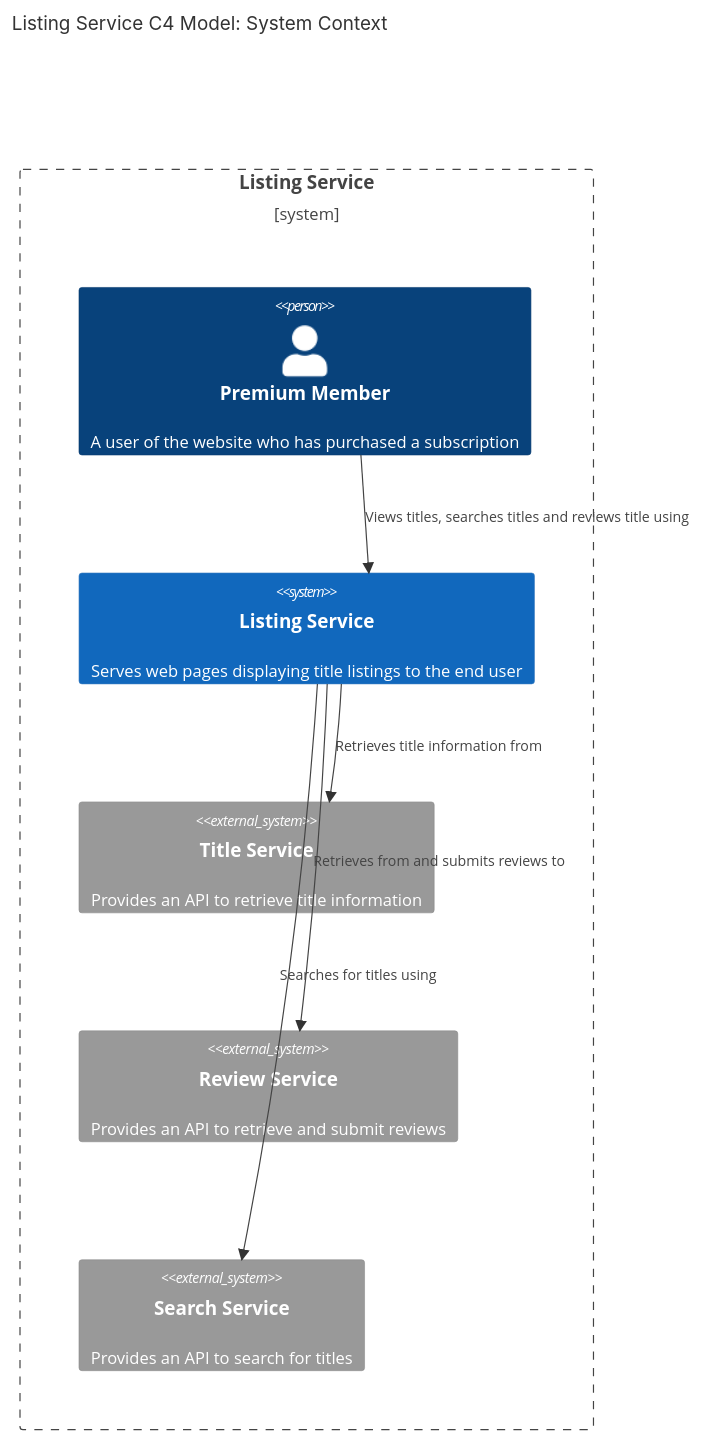
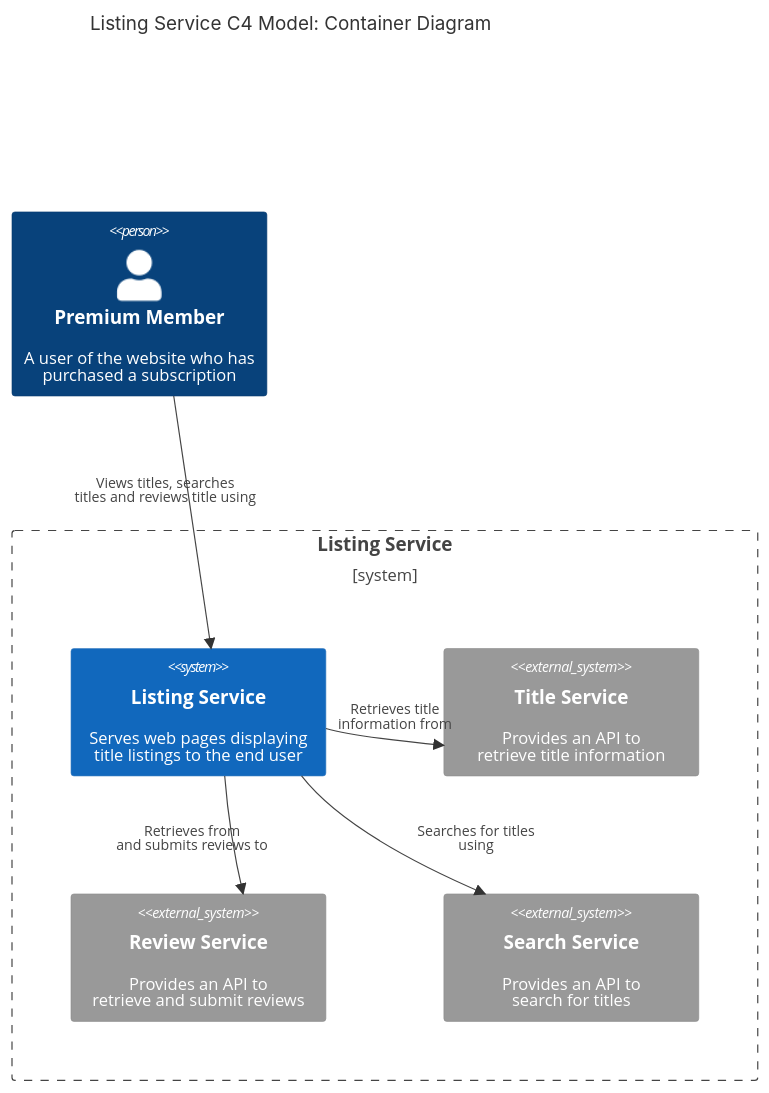
The second of 2 diagrams in 04_model_your_architecture.md (alextanhongpin/learn-mermaid), drawn with Mermaid before and after one commit.

Commit message:
chore: cleanup diagram

````diff
--- a/04_model_your_architecture.md
+++ b/04_model_your_architecture.md
@@ -77,19 +77,24 @@
 ```mermaid
 C4Context
-    title Listing Service C4 Model: System Context
+    title Listing Service C4 Model: Container Diagram
+    Person(PM, "Premium Member", "A user of the website who has<br/> purchased a subscription")
 
     Boundary(b0, "Listing Service") {
-        Person(PM, "Premium Member", "A user of the website who has purchased a subscription")
-        System(LS, "Listing Service", "Serves web pages displaying title listings to the end user")
-        System_Ext(TS, "Title Service", "Provides an API to retrieve title information")
-        System_Ext(RS, "Review Service", "Provides an API to retrieve and submit reviews")
-        System_Ext(SS, "Search Service", "Provides an API to search for titles")
+        System(LS, "Listing Service", "Serves web pages displaying<br/> title listings to the end user")
+        System_Ext(TS, "Title Service", "Provides an API to <br/>retrieve title information")
+        System_Ext(RS, "Review Service", "Provides an API to <br/>retrieve and submit reviews")
+        System_Ext(SS, "Search Service", "Provides an API to <br/>search for titles")
     }
 
-    Rel(PM, LS, "Views titles, searches titles and reviews title using")
-    Rel(LS, TS, "Retrieves title information from")
-    Rel(LS, RS, "Retrieves from and submits reviews to")
-    Rel(LS, SS, "Searches for titles using")
+    Rel(PM, LS, "Views titles, searches <br/>titles and reviews title using")
+    Rel(LS, TS, "Retrieves title<br/>information from")
+    Rel(LS, RS, "Retrieves from<br/>and submits reviews to")
+    Rel(LS, SS, "Searches for titles<br/> using")
 
-    UpdateLayoutConfig($c4ShapeInRow="3", $c4BoundaryInRow="1")
+    UpdateRelStyle(PM, LS, $offsetX="-100", $offsetY="-30")
+    UpdateRelStyle(LS, TS, $offsetX="-40", $offsetY="-20")
+    UpdateRelStyle(LS, RS, $offsetX="-100", $offsetY="0")
+    UpdateRelStyle(LS, SS, $offsetX="20", $offsetY="0")
+
+    UpdateLayoutConfig($c4ShapeInRow="2", $c4BoundaryInRow="1")
 ```
````
